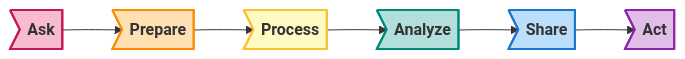
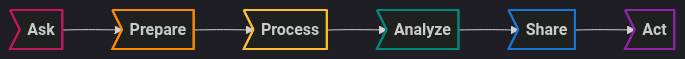
The first of 2 diagrams in 1-Foundations-Data-Data-Everywhere/1-Introducing-data-analytics.md (krauseannelize/notes-google-data-analytics-prof), drawn with Mermaid before and after one commit. The commit also changed other lines of this file, not shown here.

````diff
--- a/1-Foundations-Data-Data-Everywhere/1-Introducing-data-analytics.md
+++ b/1-Foundations-Data-Data-Everywhere/1-Introducing-data-analytics.md
@@ -31,27 +31,27 @@
 ```mermaid
 ---
 config:
-  theme: default
+  theme: dark
   look: classic
 ---
 
 flowchart LR
 %% Nodes
 step1>"`**Ask**`"]:::pink
 step2>"`**Prepare**`"]:::orange
 step3>"`**Process**`"]:::yellow
 step4>"`**Analyze**`"]:::green
 step5>"`**Share**`"]:::blue
 step6>"`**Act**`"]:::purple
 
-%% Edges
+%% Flow
 step1 --> step2 --> step3 --> step4 --> step5 --> step6
 
 %% Styling
-classDef pink fill:#F8BBD0,stroke:#C2185B,stroke-width:2px;
-classDef orange fill:#FFE0B2,stroke:#FB8C00,stroke-width:2px;
-classDef yellow fill:#FFF9C4,stroke:#FBC02D,stroke-width:2px;
-classDef green fill:#B2DFDB,stroke:#00897B,stroke-width:2px;
-classDef blue fill:#BBDEFB,stroke:#1976D2,stroke-width:2px;
-classDef purple fill:#E1BEE7,stroke:#8E24AA,stroke-width:2px;
+classDef pink stroke:#C2185B,stroke-width:2px;
+classDef orange stroke:#FB8C00,stroke-width:2px;
+classDef yellow stroke:#FBC02D,stroke-width:2px;
+classDef green stroke:#00897B,stroke-width:2px;
+classDef blue stroke:#1976D2,stroke-width:2px;
+classDef purple stroke:#8E24AA,stroke-width:2px;
 ```
````
